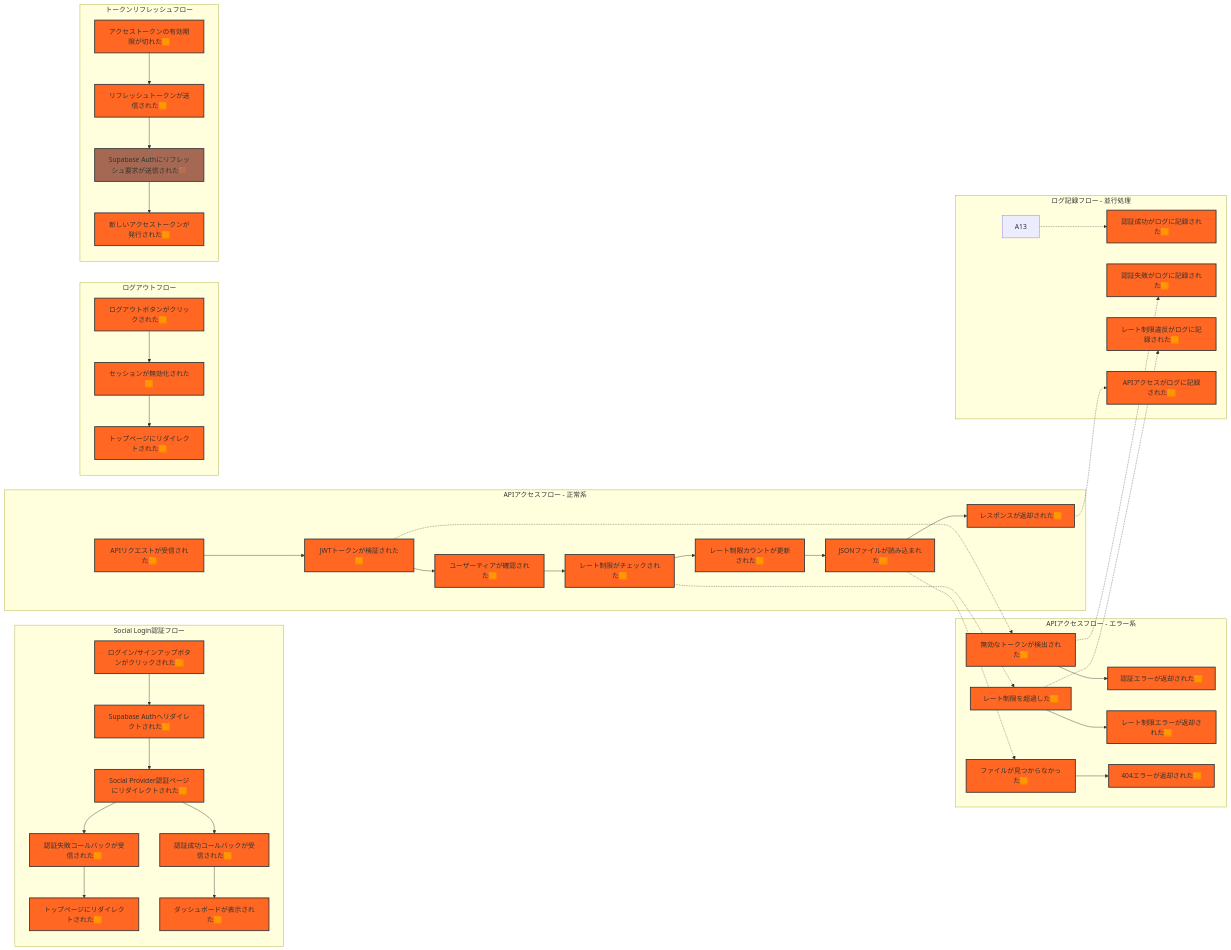
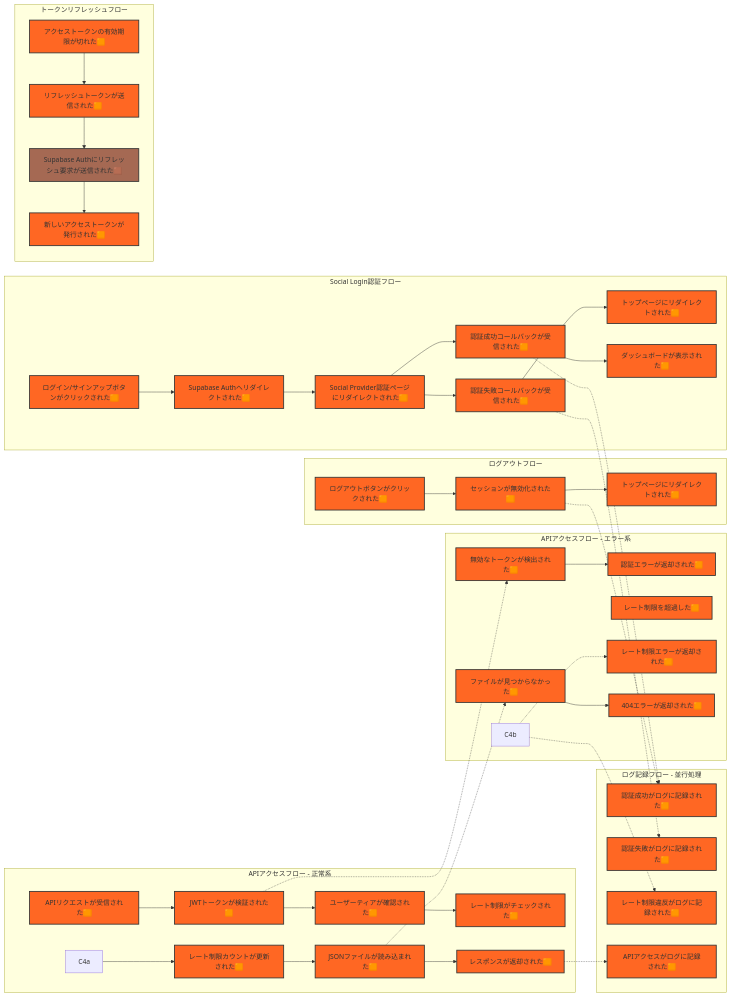
One commit to hydrangeas/redis-test changed the diagram in docs/specs/step1.md. Above: the diagram before and after it, drawn with Mermaid. The commit also changed other lines of this file and 4 other files, not shown here.

```diff
--- a/docs/specs/step1.md
+++ b/docs/specs/step1.md
@@ -37,7 +37,7 @@
         C1 --> C2
         C2 --> C3
         C3 --> C4
-        C4 --> C5
+        C4a --> C5
         C5 --> C6
         C6 --> C7
     end
@@ -53,8 +53,7 @@
         
         C2 -.-> D1
         D1 --> D2
-        C4 -.-> D3
-        D3 --> D4
+        C4b -.-> D4
         C6 -.-> D5
         D5 --> D6
     end
@@ -88,9 +87,10 @@
         G3[レート制限違反がログに記録された🟧]
         G4[APIアクセスがログに記録された🟧]
         
-        A13 -.-> G1
-        D1 -.-> G2
-        D3 -.-> G3
+        A6 -.-> G1
+        A7 -.-> G2
+        E2 -.-> G1
+        C4b -.-> G3
         C7 -.-> G4
     end
     
```
